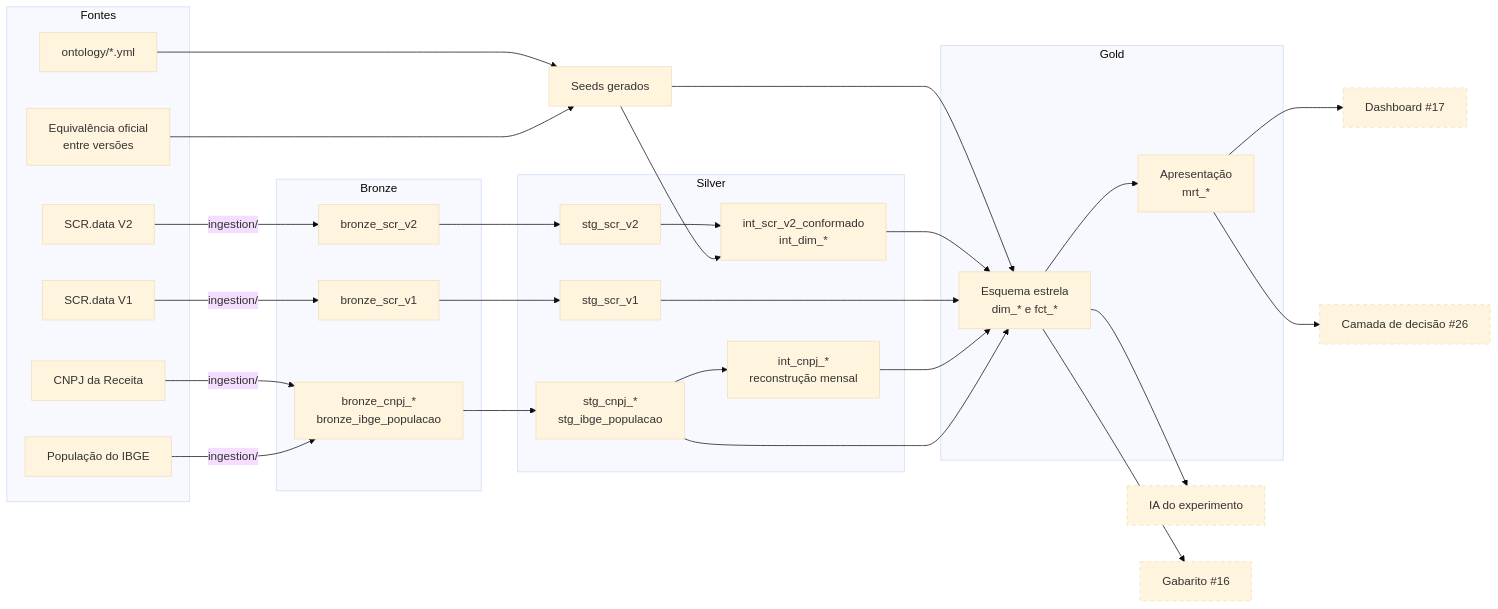
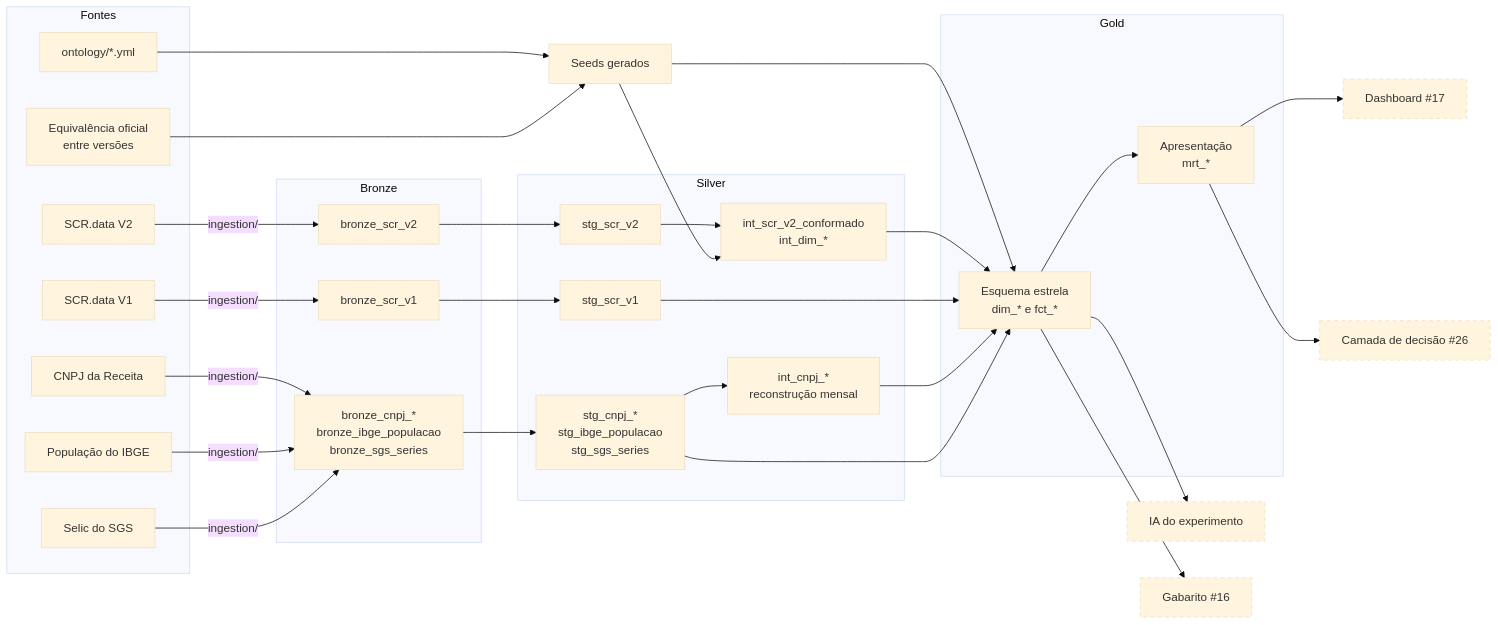
One commit to RCHRDYv/bcb-credito-governanca changed the diagram in README.md. Above: the diagram before and after it, drawn with Mermaid (base theme). The commit also changed other lines of this file and 3 other files, not shown here.

First line of the commit message:
ADR 0010, especificacao, README e diagramas da Selic

````diff
--- a/README.md
+++ b/README.md
@@ -69,52 +69,53 @@
 ```mermaid
 flowchart LR
     subgraph fontes["Fontes"]
         v2["SCR.data V2"]
         v1["SCR.data V1"]
         onto["ontology/*.yml"]
         equiv["Equivalência oficial<br/>entre versões"]
         cnpj["CNPJ da Receita"]
         ibge["População do IBGE"]
+        sgs["Selic do SGS"]
     end
 
     subgraph bronze["Bronze"]
         b2["bronze_scr_v2"]
         b1["bronze_scr_v1"]
-        bext["bronze_cnpj_*<br/>bronze_ibge_populacao"]
+        bext["bronze_cnpj_*<br/>bronze_ibge_populacao<br/>bronze_sgs_series"]
     end
 
     seeds["Seeds gerados"]
 
     subgraph silver["Silver"]
         s2["stg_scr_v2"]
         s1["stg_scr_v1"]
         conf["int_scr_v2_conformado<br/>int_dim_*"]
-        sext["stg_cnpj_*<br/>stg_ibge_populacao"]
+        sext["stg_cnpj_*<br/>stg_ibge_populacao<br/>stg_sgs_series"]
         rec["int_cnpj_*<br/>reconstrução mensal"]
     end
 
     subgraph gold["Gold"]
         estrela["Esquema estrela<br/>dim_* e fct_*"]
         apres["Apresentação<br/>mrt_*"]
     end
 
     ia["IA do experimento"]
     gab["Gabarito #16"]
     dash["Dashboard #17"]
     dec["Camada de decisão #26"]
 
     v2 -- "ingestion/" --> b2 --> s2 --> conf
     v1 -- "ingestion/" --> b1 --> s1
     onto & equiv --> seeds --> conf
     seeds --> estrela
     conf --> estrela
     s1 --> estrela
-    cnpj & ibge -- "ingestion/" --> bext --> sext --> rec --> estrela
+    cnpj & ibge & sgs -- "ingestion/" --> bext --> sext --> rec --> estrela
     sext --> estrela
     estrela --> apres
     estrela --> ia & gab
     apres --> dash & dec
 
     classDef planejado stroke-dasharray: 5 5
     class ia,gab,dash,dec planejado
 ```
````
